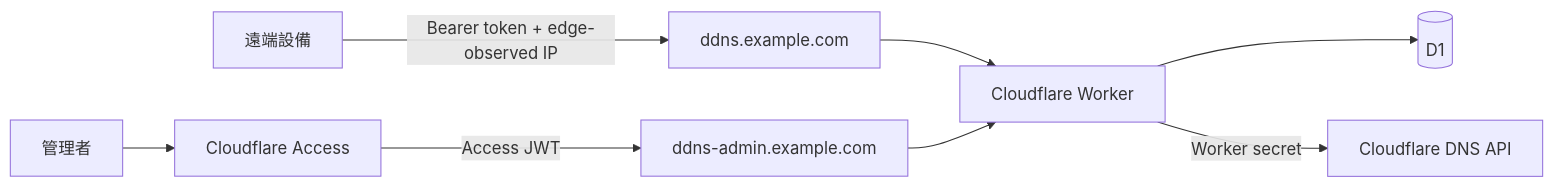
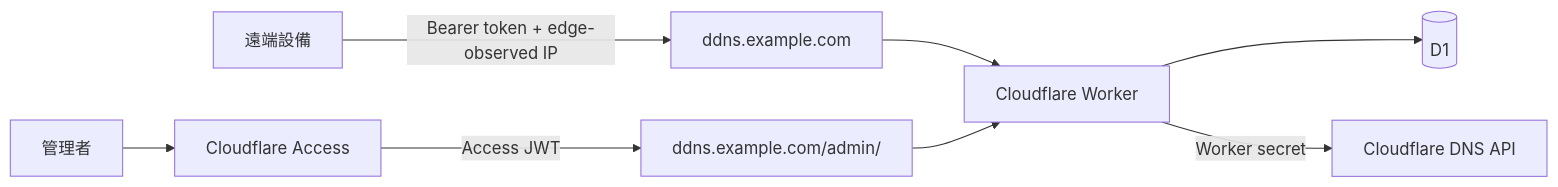
Before and after one commit to kuan909608/cloudflare-ddns-worker: the diagram in docs/architecture.md, drawn with Mermaid. The commit also changed other lines of this file and 27 other files, not shown here.

````diff
--- a/docs/architecture.md
+++ b/docs/architecture.md
@@ -5,10 +5,10 @@
 ```mermaid
 flowchart LR
   D[遠端設備] -->|Bearer token + edge-observed IP| U[ddns.example.com]
   U --> W[Cloudflare Worker]
   W --> D1[(D1)]
   W -->|Worker secret| DNS[Cloudflare DNS API]
   A[管理者] --> AC[Cloudflare Access]
-  AC -->|Access JWT| M[ddns-admin.example.com]
+  AC -->|Access JWT| M[ddns.example.com/admin/]
   M --> W
 ```
````
